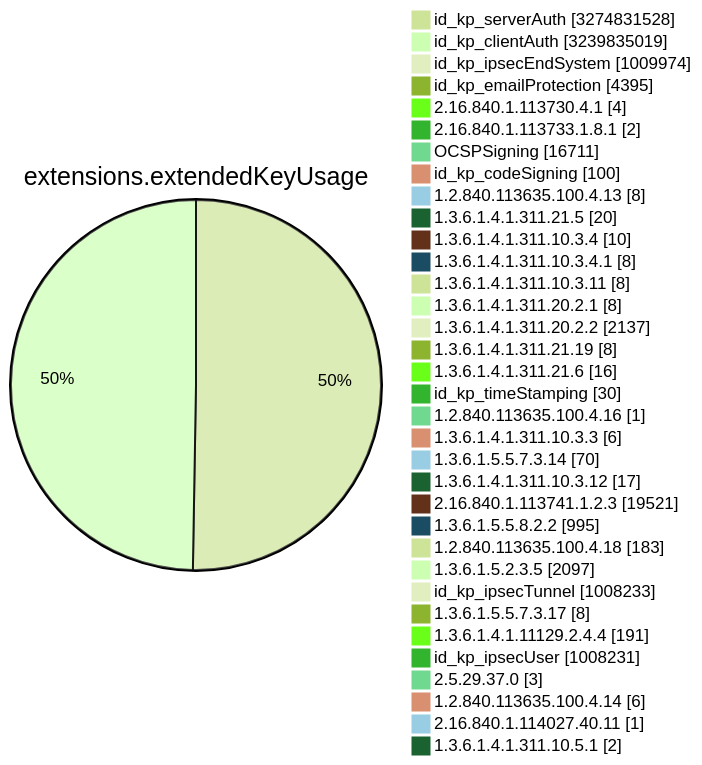
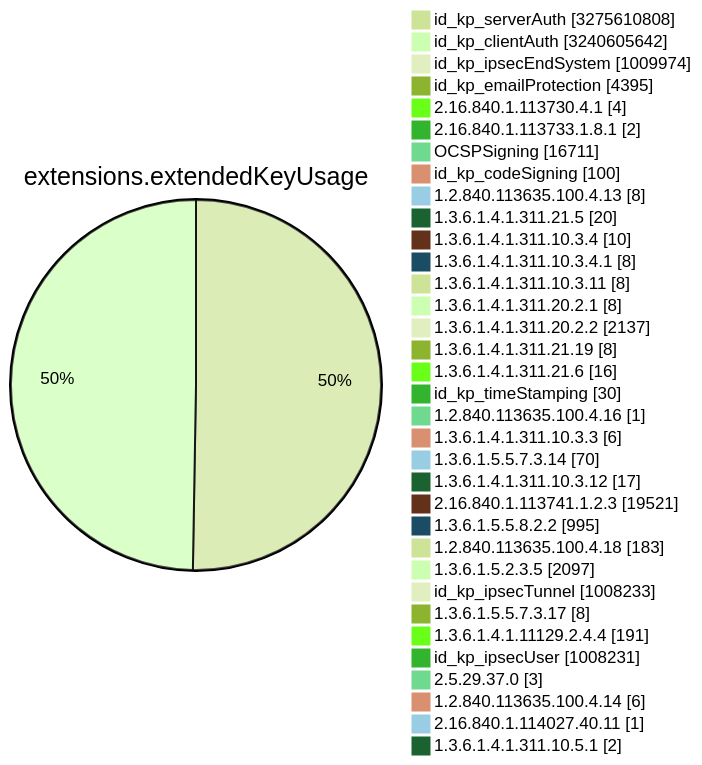
Before and after one commit to christiankrug/ctmonitor_visualization: diagram 11 of 15 in TOTAL/README.md, drawn with Mermaid (forest theme). The commit also changed other lines of this file, not shown here.

````diff
--- a/TOTAL/README.md
+++ b/TOTAL/README.md
@@ -4119,38 +4119,38 @@
 ```mermaid
 pie showData
 title extensions.extendedKeyUsage
-"id_kp_serverAuth" :3274831528
-"id_kp_clientAuth" :3239835019
+"id_kp_serverAuth" :3275610808
+"id_kp_clientAuth" :3240605642
 "id_kp_ipsecEndSystem" :1009974
 "id_kp_emailProtection" :4395
 "2.16.840.1.113730.4.1" :4
 "2.16.840.1.113733.1.8.1" :2
 "OCSPSigning" :16711
 "id_kp_codeSigning" :100
 "1.2.840.113635.100.4.13" :8
 "1.3.6.1.4.1.311.21.5" :20
 "1.3.6.1.4.1.311.10.3.4" :10
 "1.3.6.1.4.1.311.10.3.4.1" :8
 "1.3.6.1.4.1.311.10.3.11" :8
 "1.3.6.1.4.1.311.20.2.1" :8
 "1.3.6.1.4.1.311.20.2.2" :2137
 "1.3.6.1.4.1.311.21.19" :8
 "1.3.6.1.4.1.311.21.6" :16
 "id_kp_timeStamping" :30
 "1.2.840.113635.100.4.16" :1
 "1.3.6.1.4.1.311.10.3.3" :6
 "1.3.6.1.5.5.7.3.14" :70
 "1.3.6.1.4.1.311.10.3.12" :17
 "2.16.840.1.113741.1.2.3" :19521
 "1.3.6.1.5.5.8.2.2" :995
 "1.2.840.113635.100.4.18" :183
 "1.3.6.1.5.2.3.5" :2097
 "id_kp_ipsecTunnel" :1008233
 "1.3.6.1.5.5.7.3.17" :8
 "1.3.6.1.4.1.11129.2.4.4" :191
 "id_kp_ipsecUser" :1008231
 "2.5.29.37.0" :3
 "1.2.840.113635.100.4.14" :6
 "2.16.840.1.114027.40.11" :1
 "1.3.6.1.4.1.311.10.5.1" :2
 ```
````
